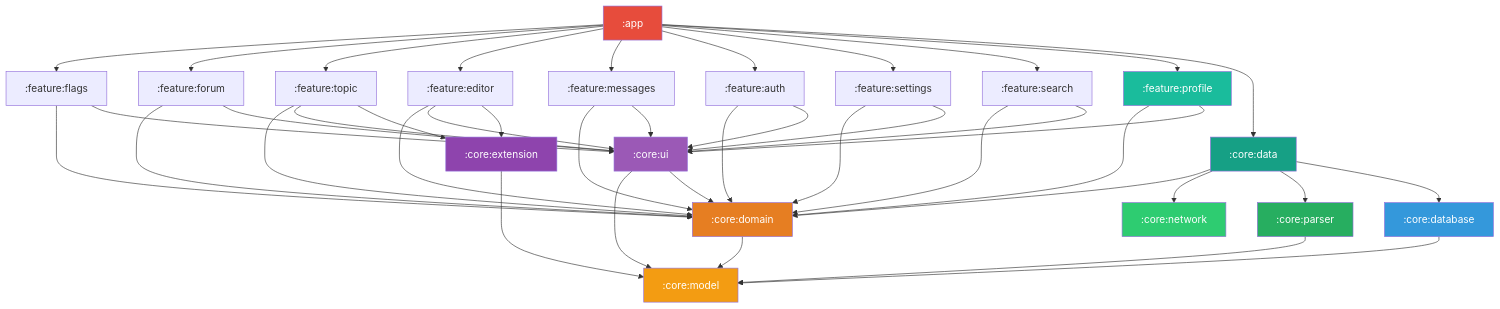
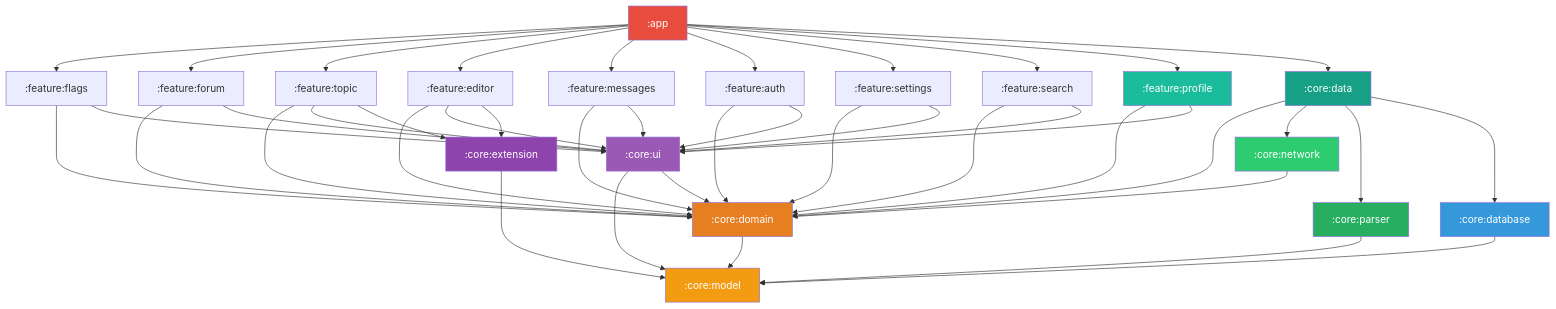
One commit to ForumHFR/redface2 changed the second of 3 diagrams in docs/specs/architecture.md. Above: the diagram before and after it, drawn with Mermaid. The commit also changed other lines of this file, not shown here.

Commit message:
docs(architecture): documenter l'arête réelle :core:network → :core:domain
Le tableau des modules core disait « rien » alors que core/network/build.gradle.kts
dépend de :core:domain depuis l'introduction de SessionExpiredException — arête
renforcée par #324 (HfrServerException levée par les deux clients). Alignement
diagramme mermaid + tableau (note review Codex finale, non bloquante).

````diff
--- a/docs/specs/architecture.md
+++ b/docs/specs/architecture.md
@@ -56,66 +56,68 @@
 ```mermaid
 graph TB
     APP[":app"] --> FFL[":feature:flags"]
     APP --> FF[":feature:forum"]
     APP --> FT[":feature:topic"]
     APP --> FE[":feature:editor"]
     APP --> FM[":feature:messages"]
     APP --> FA[":feature:auth"]
     APP --> FS[":feature:settings"]
     APP --> FSR[":feature:search"]
     APP --> FPR[":feature:profile"]
     APP --> CDATA[":core:data"]
 
     FFL --> CDOM[":core:domain"]
     FFL --> CU[":core:ui"]
 
     FF --> CDOM
     FF --> CU
 
     FT --> CDOM
     FT --> CU
     FT --> CEXT[":core:extension"]
 
     FE --> CDOM
     FE --> CU
     FE --> CEXT
 
     FM --> CDOM
     FM --> CU
 
     FA --> CDOM
     FA --> CU
 
     FS --> CDOM
     FS --> CU
 
     FSR --> CDOM
     FSR --> CU
 
     FPR --> CDOM
     FPR --> CU
 
     CDOM --> CM[":core:model"]
     CEXT --> CM
     CU --> CM
     CU --> CDOM
 
     CDATA --> CDOM
     CDATA --> CN[":core:network"]
     CDATA --> CP[":core:parser"]
     CDATA --> CD[":core:database"]
 
+    CN --> CDOM
+
     CP --> CM
     CD --> CM
 
     style APP fill:#e74c3c,color:#fff
     style CM fill:#f39c12,color:#fff
     style CDOM fill:#e67e22,color:#fff
     style CDATA fill:#16a085,color:#fff
     style CN fill:#2ecc71,color:#fff
     style CP fill:#27ae60,color:#fff
     style CD fill:#3498db,color:#fff
     style CU fill:#9b59b6,color:#fff
     style CEXT fill:#8e44ad,color:#fff
     style FPR fill:#1abc9c,color:#fff
 ```
````
